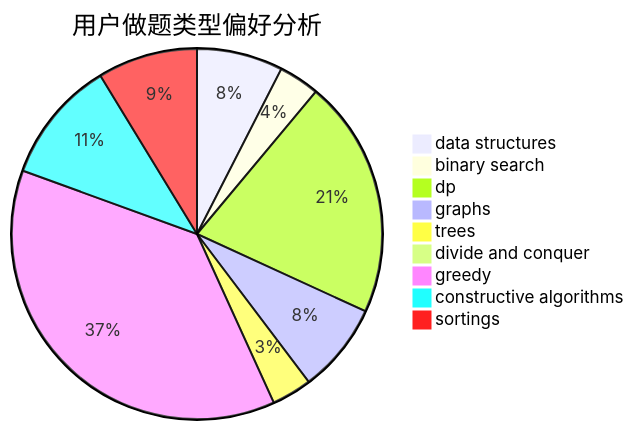
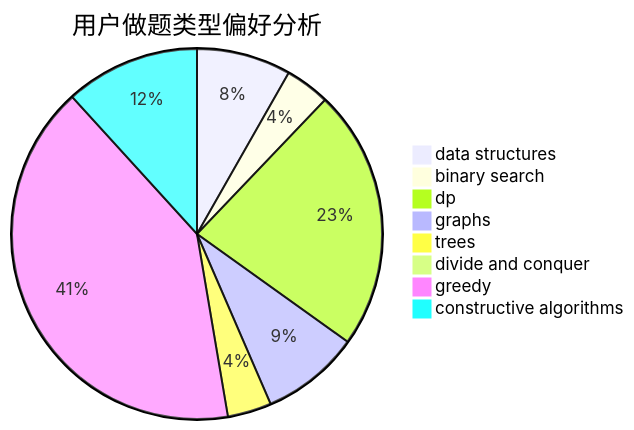
The second of 3 diagrams in docs/user/u2613.md (sherpahu/cfrs.github.io), drawn with Mermaid before and after one commit. The commit also changed other lines of this file and 2769 other files, not shown here.

````diff
--- a/docs/user/u2613.md
+++ b/docs/user/u2613.md
@@ -18,12 +18,11 @@
 ```mermaid
 pie title 用户做题类型偏好分析
     "data structures" :  131
     "binary search" :  62
     "dp" :  362
     "graphs" :  137
     "trees" :  61
     "divide and conquer" :  2
     "greedy" :  651
     "constructive algorithms" :  187
-    "sortings" :  152
 ```
````
